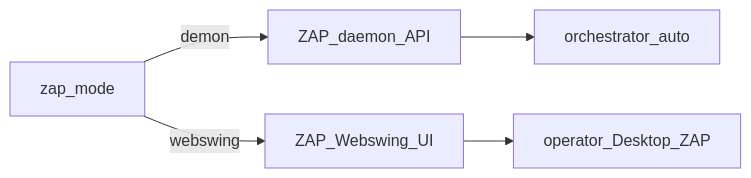
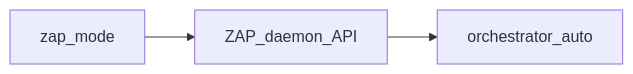
The diagram in sanctuary/pure/zap-dual.md (prettyk-io/prettyk-secops), drawn with Mermaid before and after one commit. The commit also changed other lines of this file and 453 other files, not shown here.

````diff
--- a/sanctuary/pure/zap-dual.md
+++ b/sanctuary/pure/zap-dual.md
@@ -10,7 +9,5 @@
 ```mermaid
 flowchart LR
-  Manifest[zap_mode] -->|demon| Daemon[ZAP_daemon_API]
-  Manifest -->|webswing| Swing[ZAP_Webswing_UI]
-  Daemon --> Auto[orchestrator_auto]
-  Swing --> Manual[operator_Desktop_ZAP]
+   Manifest[zap_mode] --> Daemon[ZAP_daemon_API]
+   Daemon --> Auto[orchestrator_auto]
 ```
````
